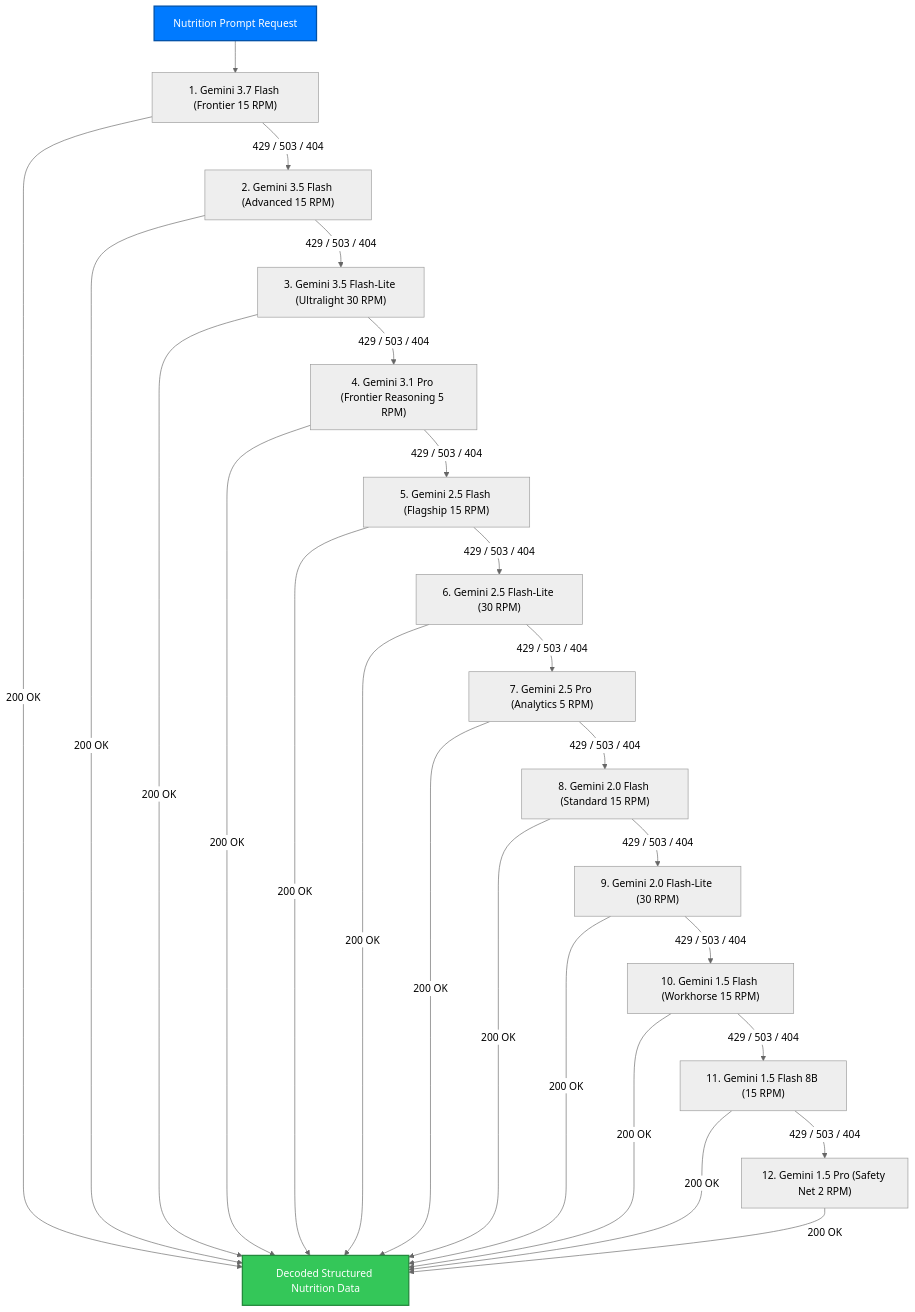
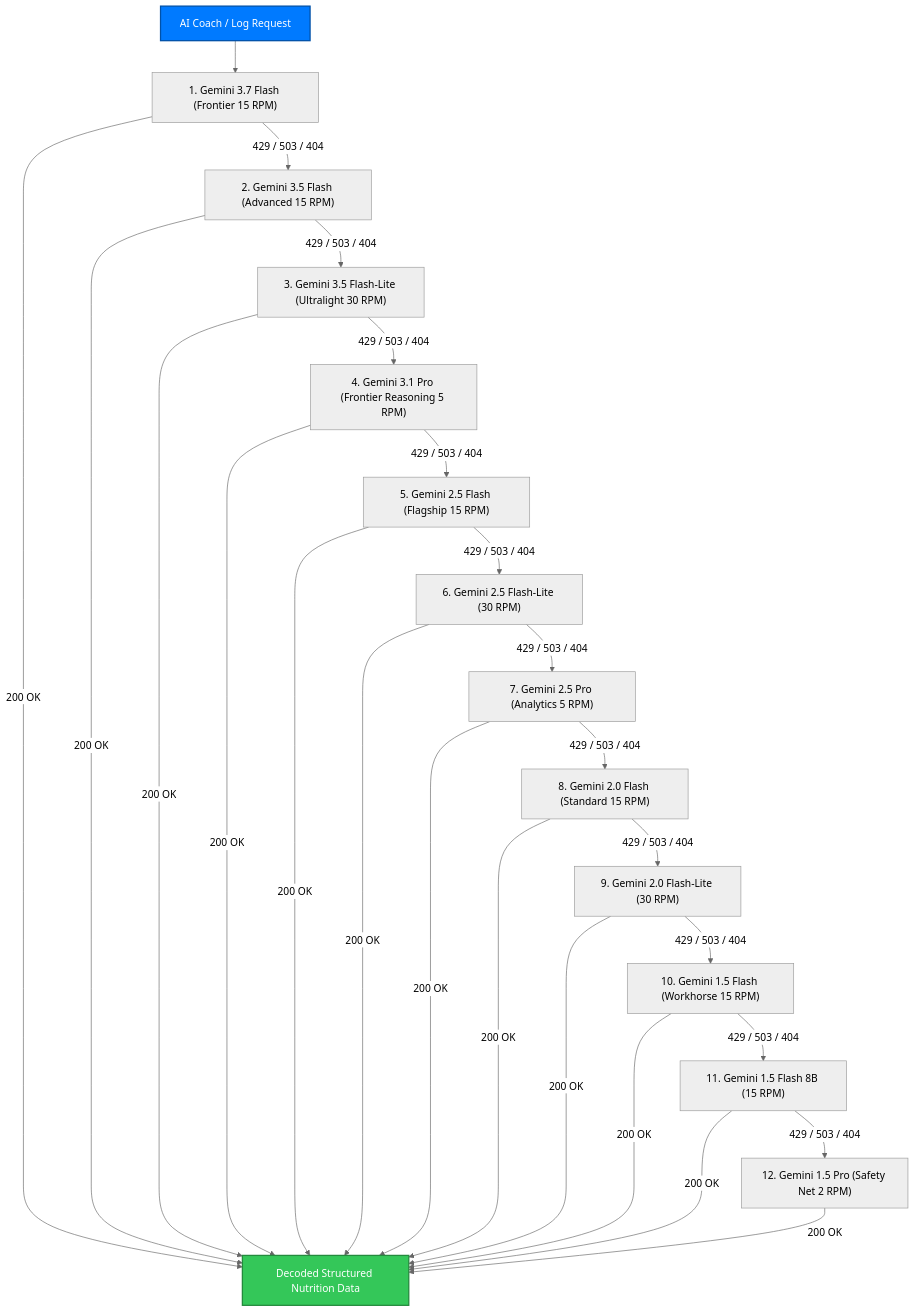
The diagram in README.md (train-cell/DIATROFIPROJECT), drawn with Mermaid (neutral theme) before and after one commit. The commit also changed other lines of this file and 40 other files, not shown here.

````diff
--- a/README.md
+++ b/README.md
@@ -106,31 +94,31 @@
 ```mermaid
 flowchart TD
-    Req["Nutrition Prompt Request"] --> M1["1. Gemini 3.7 Flash (Frontier 15 RPM)"]
+    Req["AI Coach / Log Request"] --> M1["1. Gemini 3.7 Flash (Frontier 15 RPM)"]
     M1 -- "429 / 503 / 404" --> M2["2. Gemini 3.5 Flash (Advanced 15 RPM)"]
     M2 -- "429 / 503 / 404" --> M3["3. Gemini 3.5 Flash-Lite (Ultralight 30 RPM)"]
     M3 -- "429 / 503 / 404" --> M4["4. Gemini 3.1 Pro (Frontier Reasoning 5 RPM)"]
     M4 -- "429 / 503 / 404" --> M5["5. Gemini 2.5 Flash (Flagship 15 RPM)"]
     M5 -- "429 / 503 / 404" --> M6["6. Gemini 2.5 Flash-Lite (30 RPM)"]
     M6 -- "429 / 503 / 404" --> M7["7. Gemini 2.5 Pro (Analytics 5 RPM)"]
     M7 -- "429 / 503 / 404" --> M8["8. Gemini 2.0 Flash (Standard 15 RPM)"]
     M8 -- "429 / 503 / 404" --> M9["9. Gemini 2.0 Flash-Lite (30 RPM)"]
     M9 -- "429 / 503 / 404" --> M10["10. Gemini 1.5 Flash (Workhorse 15 RPM)"]
     M10 -- "429 / 503 / 404" --> M11["11. Gemini 1.5 Flash 8B (15 RPM)"]
     M11 -- "429 / 503 / 404" --> M12["12. Gemini 1.5 Pro (Safety Net 2 RPM)"]
     
     M1 -- "200 OK" --> Succ["Decoded Structured Nutrition Data"]
     M2 -- "200 OK" --> Succ
     M3 -- "200 OK" --> Succ
     M4 -- "200 OK" --> Succ
     M5 -- "200 OK" --> Succ
     M6 -- "200 OK" --> Succ
     M7 -- "200 OK" --> Succ
     M8 -- "200 OK" --> Succ
     M9 -- "200 OK" --> Succ
     M10 -- "200 OK" --> Succ
     M11 -- "200 OK" --> Succ
     M12 -- "200 OK" --> Succ
 
     style Succ fill:#34C759,stroke:#248A3D,stroke-width:2px,color:#fff;
     style Req fill:#007AFF,stroke:#0051A8,stroke-width:2px,color:#fff;
 ```
````
